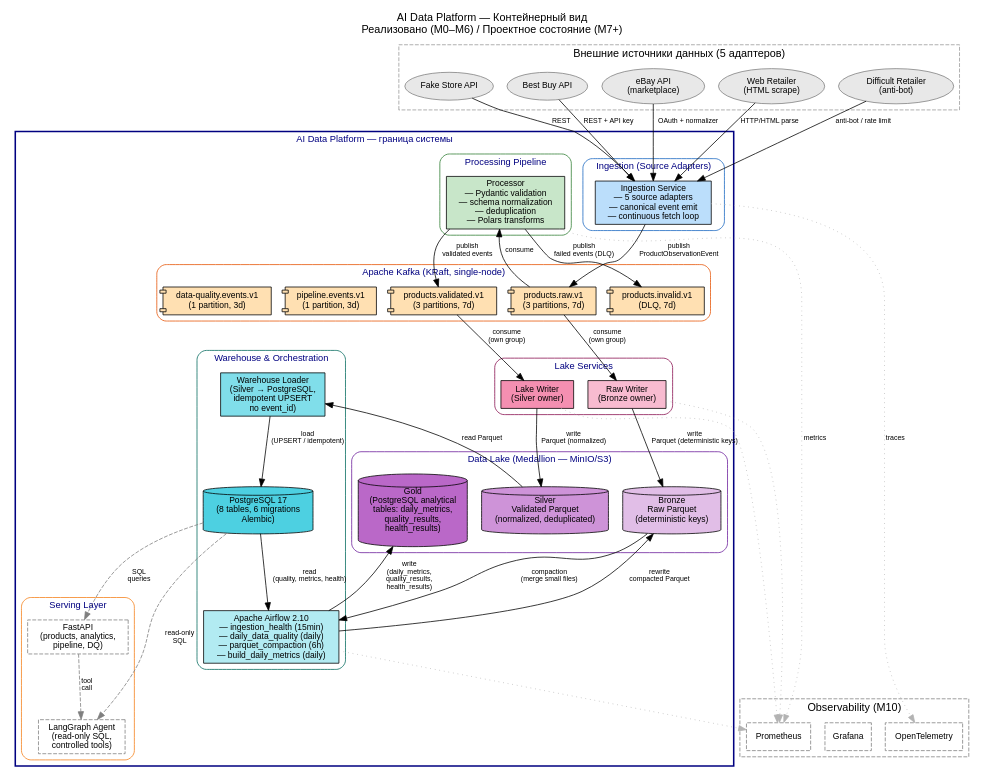
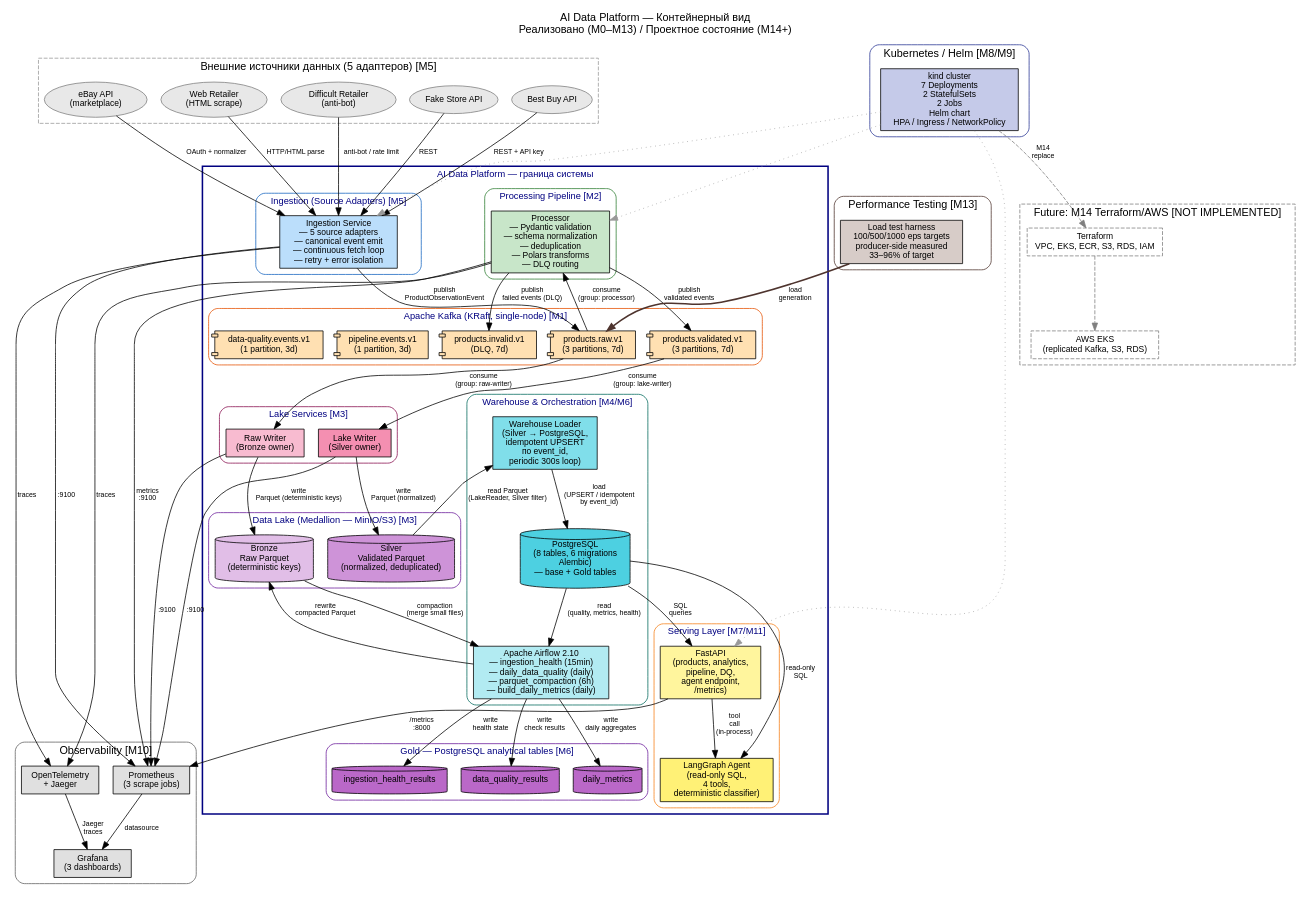
Before and after one commit to igorsavinkin/agentic-data-engineering-platform: the diagram in docs/architecture-communication/container-view.dot, drawn with Graphviz. The commit also changed 6 other files, not shown here.

First line of the commit message:
docs: evidence-based platform inventory after Milestone 13 (#146)

```diff
--- a/docs/architecture-communication/container-view.dot
+++ b/docs/architecture-communication/container-view.dot
@@ -1,27 +1,27 @@
 // Контейнерный вид — AI Data Platform
-// Формат: Graphviz DOT | rankdir=TB | Qoder Canvas совместимый
-// Обновлено: 2026-09-18 (Milestone 0-6 реализованы, TASK-001–TASK-062)
+// Формат: Graphviz DOT | rankdir=TB
+// Обновлено: 2026-09-25 (Milestone 0–13 реализованы, TASK-001–TASK-115)
 //
 // Легенда:
 //   [прямоугольник]        — сервис / контейнер
 //   {ромб}                 — Kafka-топик
 //   [(цилиндр)]            — хранилище данных
 //   ((круг))               — внешний источник
-//   Сплошная линия         — реализовано (TASK-001–TASK-062)
-//   Пунктирная линия       — проектное состояние (Milestone 7+, не реализовано)
+//   Сплошная линия         — реализовано (M0–M13)
+//   Пунктирная линия       — проектное состояние (M14+, не реализовано)
 
 digraph "AI Data Platform — Контейнерный вид" {
     rankdir=TB
     fontname="Helvetica"
     node [fontname="Helvetica", fontsize=11, style=filled]
     edge [fontname="Helvetica", fontsize=9]
-    label="AI Data Platform — Контейнерный вид\nРеализовано (M0–M6) / Проектное состояние (M7+)"
+    label="AI Data Platform — Контейнерный вид\nРеализовано (M0–M13) / Проектное состояние (M14+)"
     labelloc=t
     fontsize=14
 
     // === Внешние источники ===
     subgraph cluster_sources {
-        label="Внешние источники данных (5 адаптеров)"
+        label="Внешние источники данных (5 адаптеров) [M5]"
         style=dashed
         color=grey60
         node [shape=ellipse, fillcolor="#E8E8E8", color=grey50]
@@ -43,17 +43,17 @@
 
         // --- Ingestion ---
         subgraph cluster_ingestion {
-            label="Ingestion (Source Adapters)"
+            label="Ingestion (Source Adapters) [M5]"
             style=rounded
             fillcolor="#E3F2FD"
             color="#1565C0"
 
-            ingestion [label="Ingestion Service\n— 5 source adapters\n— canonical event emit\n— continuous fetch loop", shape=box, fillcolor="#BBDEFB"]
+            ingestion [label="Ingestion Service\n— 5 source adapters\n— canonical event emit\n— continuous fetch loop\n— retry + error isolation", shape=box, fillcolor="#BBDEFB"]
         }
 
         // --- Kafka ---
         subgraph cluster_kafka {
-            label="Apache Kafka (KRaft, single-node)"
+            label="Apache Kafka (KRaft, single-node) [M1]"
             style=rounded
             fillcolor="#FFF3E0"
             color="#E65100"
@@ -69,17 +69,17 @@
 
         // --- Processing ---
         subgraph cluster_processing {
-            label="Processing Pipeline"
+            label="Processing Pipeline [M2]"
             style=rounded
             fillcolor="#E8F5E9"
             color="#2E7D32"
 
-            processor [label="Processor\n— Pydantic validation\n— schema normalization\n— deduplication\n— Polars transforms", shape=box, fillcolor="#C8E6C9"]
+            processor [label="Processor\n— Pydantic validation\n— schema normalization\n— deduplication\n— Polars transforms\n— DLQ routing", shape=box, fillcolor="#C8E6C9"]
         }
 
         // --- Data Lake ---
         subgraph cluster_lake {
-            label="Data Lake (Medallion — MinIO/S3)"
+            label="Data Lake (Medallion — MinIO/S3) [M3]"
             style=rounded
             fillcolor="#F3E5F5"
             color="#6A1B9A"
@@ -88,12 +88,25 @@
 
             bronze [label="Bronze\nRaw Parquet\n(deterministic keys)", fillcolor="#E1BEE7"]
             silver [label="Silver\nValidated Parquet\n(normalized, deduplicated)", fillcolor="#CE93D8"]
-            gold   [label="Gold\n(PostgreSQL analytical\ntables: daily_metrics,\nquality_results,\nhealth_results)", fillcolor="#BA68C8"]
+        }
+
+        // --- Gold (PostgreSQL analytical tables) ---
+        subgraph cluster_gold {
+            label="Gold — PostgreSQL analytical tables [M6]"
+            style=rounded
+            fillcolor="#F3E5F5"
+            color="#6A1B9A"
+
+            node [shape=cylinder]
+
+            gold_quality [label="data_quality_results", fillcolor="#BA68C8"]
+            gold_metrics [label="daily_metrics", fillcolor="#BA68C8"]
+            gold_health  [label="ingestion_health_results", fillcolor="#BA68C8"]
         }
 
         // --- Storage Services ---
         subgraph cluster_writers {
-            label="Lake Services"
+            label="Lake Services [M3]"
             style=rounded
             fillcolor="#FCE4EC"
             color="#880E4F"
@@ -104,38 +117,70 @@
 
         // --- Orchestration & Warehouse ---
         subgraph cluster_warehouse {
-            label="Warehouse & Orchestration"
+            label="Warehouse & Orchestration [M4/M6]"
             style=rounded
             fillcolor="#E0F7FA"
             color="#00695C"
 
             airflow  [label="Apache Airflow 2.10\n— ingestion_health (15min)\n— daily_data_quality (daily)\n— parquet_compaction (6h)\n— build_daily_metrics (daily)", shape=box, fillcolor="#B2EBF2"]
-            wh_loader [label="Warehouse Loader\n(Silver → PostgreSQL,\nidempotent UPSERT\nпо event_id)", shape=box, fillcolor="#80DEEA"]
-            pg       [label="PostgreSQL 17\n(8 tables, 6 migrations\nAlembic)", shape=cylinder, fillcolor="#4DD0E1"]
+            wh_loader [label="Warehouse Loader\n(Silver → PostgreSQL,\nidempotent UPSERT\nпо event_id,\nperiodic 300s loop)", shape=box, fillcolor="#80DEEA"]
+            pg       [label="PostgreSQL\n(8 tables, 6 migrations\nAlembic)\n— base + Gold tables", shape=cylinder, fillcolor="#4DD0E1"]
         }
 
         // --- Serving ---
         subgraph cluster_serving {
-            label="Serving Layer"
+            label="Serving Layer [M7/M11]"
             style=rounded
             fillcolor="#FFF9C4"
             color="#F57F17"
 
-            api    [label="FastAPI\n(products, analytics,\npipeline, DQ)", shape=box, fillcolor="#FFF59D", style=dashed, color=grey50]
-            agent  [label="LangGraph Agent\n(read-only SQL,\ncontrolled tools)", shape=box, fillcolor="#FFF176", style=dashed, color=grey50]
+            api    [label="FastAPI\n(products, analytics,\npipeline, DQ,\nagent endpoint,\n/metrics)", shape=box, fillcolor="#FFF59D"]
+            agent  [label="LangGraph Agent\n(read-only SQL,\n4 tools,\ndeterministic classifier)", shape=box, fillcolor="#FFF176"]
         }
     }
 
     // === Observability ===
     subgraph cluster_observability {
-        label="Observability (M10)"
+        label="Observability [M10]"
+        style=rounded
+        fillcolor="#F5F5F5"
+        color="#616161"
+        node [shape=box, fillcolor="#E0E0E0"]
+
+        prometheus [label="Prometheus\n(3 scrape jobs)"]
+        grafana    [label="Grafana\n(3 dashboards)"]
+        otel       [label="OpenTelemetry\n+ Jaeger"]
+    }
+
+    // === Kubernetes ===
+    subgraph cluster_k8s {
+        label="Kubernetes / Helm [M8/M9]"
+        style=rounded
+        fillcolor="#E8EAF6"
+        color="#283593"
+
+        k8s [label="kind cluster\n7 Deployments\n2 StatefulSets\n2 Jobs\nHelm chart\nHPA / Ingress / NetworkPolicy", shape=box, fillcolor="#C5CAE9"]
+    }
+
+    // === Performance ===
+    subgraph cluster_perf {
+        label="Performance Testing [M13]"
+        style=rounded
+        fillcolor="#EFEBE9"
+        color="#4E342E"
+
+        perf [label="Load test harness\n100/500/1000 eps targets\nproducer-side measured\n33–96% of target", shape=box, fillcolor="#D7CCC8"]
+    }
+
+    // === Future (M14+) ===
+    subgraph cluster_future {
+        label="Future: M14 Terraform/AWS [NOT IMPLEMENTED]"
         style=dashed
         color=grey50
         node [shape=box, fillcolor="#F5F5F5", color=grey50, style=dashed]
 
-        prometheus [label="Prometheus"]
-        grafana    [label="Grafana"]
-        otel       [label="OpenTelemetry"]
+        terraform [label="Terraform\nVPC, EKS, ECR, S3, RDS, IAM"]
+        aws_eks   [label="AWS EKS\n(replicated Kafka, S3, RDS)"]
     }
 
     // === Рёбра: внешние источники → ingestion ===
@@ -149,15 +194,15 @@
     ingestion -> topic_raw [label="publish\nProductObservationEvent"]
 
     // === Kafka → Processing ===
-    topic_raw -> processor [label="consume"]
+    topic_raw -> processor [label="consume\n(group: processor)"]
 
     // === Processing → Kafka (validated / invalid) ===
     processor -> topic_validated [label="publish\nvalidated events"]
     processor -> topic_invalid   [label="publish\nfailed events (DLQ)"]
 
     // === Kafka → Writers ===
-    topic_raw -> raw_writer [label="consume\n(own group)"]
-    topic_validated -> lake_writer [label="consume\n(own group)"]
+    topic_raw -> raw_writer [label="consume\n(group: raw-writer)"]
+    topic_validated -> lake_writer [label="consume\n(group: lake-writer)"]
 
     // === Writers → Lake ===
     raw_writer -> bronze [label="write\nParquet (deterministic keys)"]
@@ -167,21 +212,39 @@
     bronze -> airflow [label="compaction\n(merge small files)"]
     airflow -> bronze [label="rewrite\ncompacted Parquet"]
     pg -> airflow [label="read\n(quality, metrics, health)"]
-    airflow -> gold [label="write\n(daily_metrics,\nquality_results,\nhealth_results)"]
+    airflow -> gold_quality [label="write\ncheck results"]
+    airflow -> gold_metrics [label="write\ndaily aggregates"]
+    airflow -> gold_health [label="write\nhealth state"]
 
     // === Warehouse ===
-    silver -> wh_loader [label="read Parquet"]
-    wh_loader -> pg [label="load\n(UPSERT / idempotent)"]
+    silver -> wh_loader [label="read Parquet\n(LakeReader, Silver filter)"]
+    wh_loader -> pg [label="load\n(UPSERT / idempotent\nby event_id)"]
 
     // === Serving ===
-    pg -> api [label="SQL\nqueries", style=dashed, color=grey50]
-    pg -> agent [label="read-only\nSQL", style=dashed, color=grey50]
-    api -> agent [label="tool\ncall", style=dashed, color=grey50]
+    pg -> api [label="SQL\nqueries"]
+    pg -> agent [label="read-only\nSQL"]
+    api -> agent [label="tool\ncall\n(in-process)"]
 
-    // === Observability (пунктир ко всем) ===
-    processor  -> prometheus [style=dotted, color=grey70, label="metrics"]
-    raw_writer -> prometheus [style=dotted, color=grey70]
-    lake_writer -> prometheus [style=dotted, color=grey70]
-    airflow    -> prometheus [style=dotted, color=grey70]
-    ingestion  -> otel       [style=dotted, color=grey70, label="traces"]
+    // === Observability ===
+    processor  -> prometheus [label="metrics\n:9100"]
+    raw_writer -> prometheus [label=":9100"]
+    lake_writer -> prometheus [label=":9100"]
+    ingestion  -> prometheus [label=":9100"]
+    api        -> prometheus [label="/metrics\n:8000"]
+    ingestion  -> otel       [label="traces"]
+    processor  -> otel       [label="traces"]
+    prometheus -> grafana    [label="datasource"]
+    otel       -> grafana    [label="Jaeger\ntraces"]
+
+    // === K8s wraps everything ===
+    k8s -> ingestion [style=dotted, color=grey60]
+    k8s -> processor [style=dotted, color=grey60]
+    k8s -> api       [style=dotted, color=grey60]
+
+    // === Performance ===
+    perf -> topic_raw [label="load\ngeneration", style=bold, color="#4E342E"]
+
+    // === Future (пунктир) ===
+    k8s -> terraform [style=dashed, color=grey50, label="M14\nreplace"]
+    terraform -> aws_eks [style=dashed, color=grey50]
 }
```
